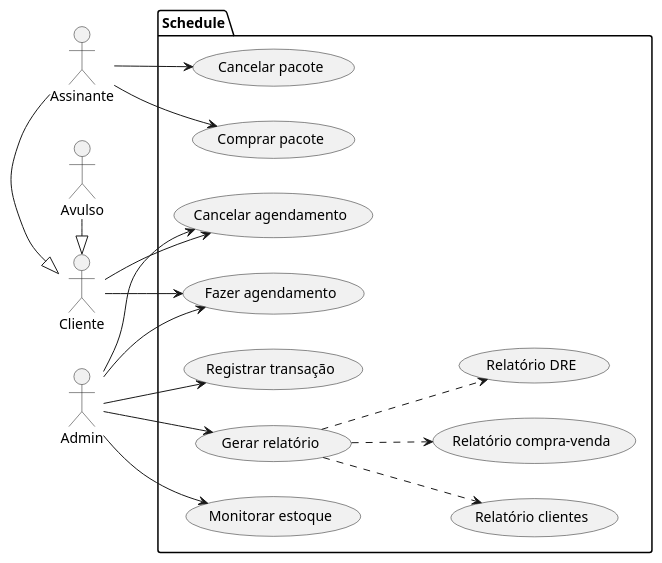
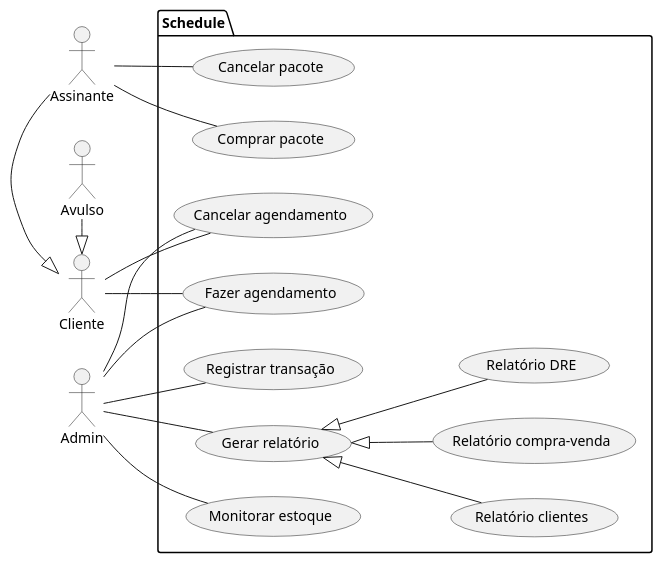
The diagram in Doc/CasoDeUso/CasosDeUso.puml (GabrielAlves027/ES2), drawn with PlantUML before and after one commit.

```diff
--- a/Doc/CasoDeUso/CasosDeUso.puml
+++ b/Doc/CasoDeUso/CasosDeUso.puml
@@ -1,33 +1,33 @@
 @startuml
 left to right direction
 actor Cliente as C
 actor Admin as A
 actor Assinante as S
 actor Avulso as V
 package Schedule{
   usecase "Fazer agendamento" as UC1
   usecase "Cancelar agendamento" as UC2
   usecase "Comprar pacote" as UC3
   usecase "Cancelar pacote" as UC4
   usecase "Monitorar estoque" as UC5
   usecase "Registrar transação" as UC6
   usecase "Gerar relatório" as UC7
   usecase "Relatório clientes" as UC8
   usecase "Relatório compra-venda" as UC9
   usecase "Relatório DRE" as UC10
 }
 C <|-left- S
 C <|-left- V
-A --> UC1
-A --> UC2
-A --> UC5
-A --> UC6
-A --> UC7
-S --> UC3
-S --> UC4
-C --> UC1
-C --> UC2
-(UC7) .down.> (UC8)
-(UC7) .down.> (UC9)
-(UC7) .down.> (UC10)
+A -- UC1
+A -- UC2
+A -- UC5
+A -- UC6
+A -- UC7
+S -- UC3
+S -- UC4
+C -- UC1
+C -- UC2
+(UC7) <|-- (UC8)
+(UC7) <|-- (UC9)
+(UC7) <|-- (UC10)
 @enduml
```
